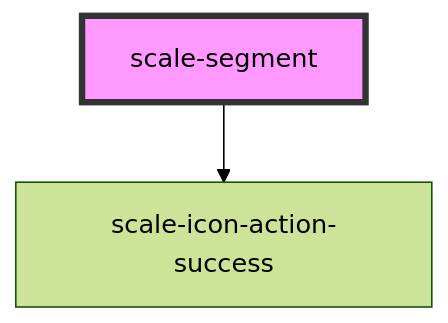
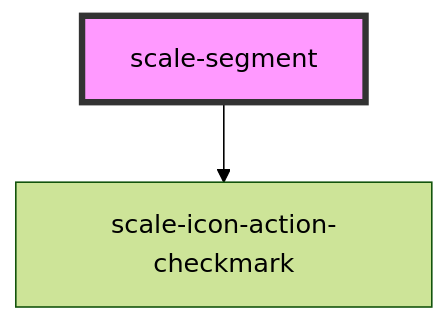
Before and after one commit to telekom/scale: the diagram in packages/components/src/components/segment/readme.md, drawn with Mermaid (forest theme). The commit also changed other lines of this file and 787 other files, not shown here.

````diff
--- a/packages/components/src/components/segment/readme.md
+++ b/packages/components/src/components/segment/readme.md
@@ -58,5 +58,5 @@
 ```mermaid
 graph TD;
-  scale-segment --> scale-icon-action-success
+  scale-segment --> scale-icon-action-checkmark
   style scale-segment fill:#f9f,stroke:#333,stroke-width:4px
 ```
````
